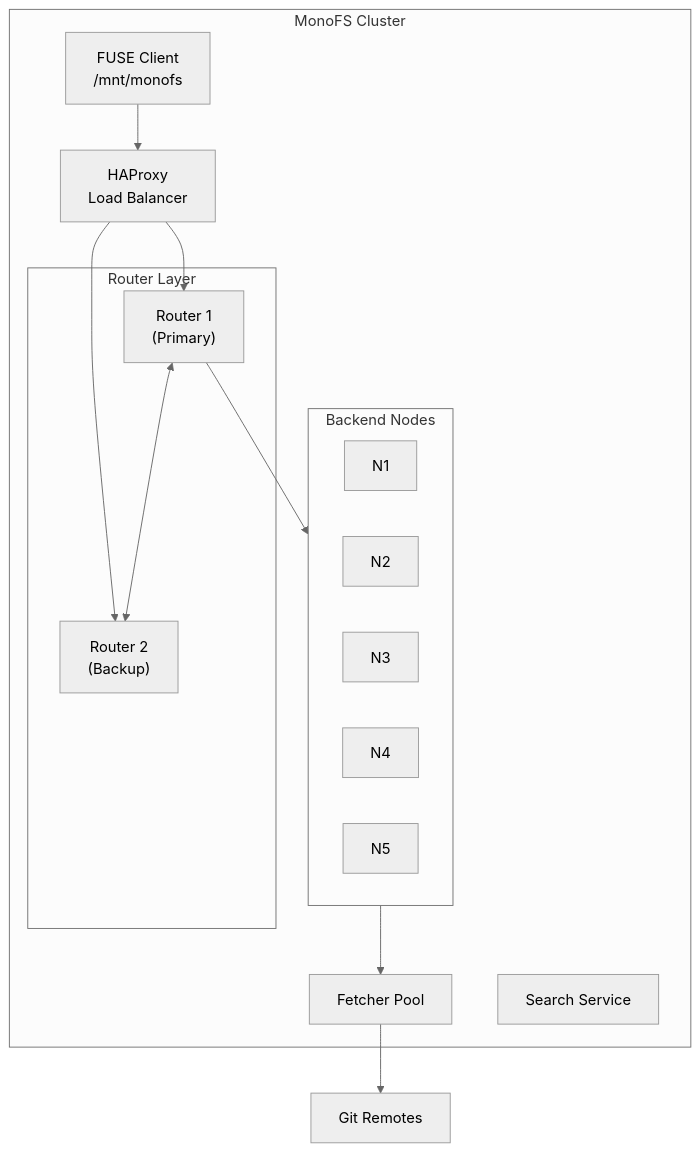
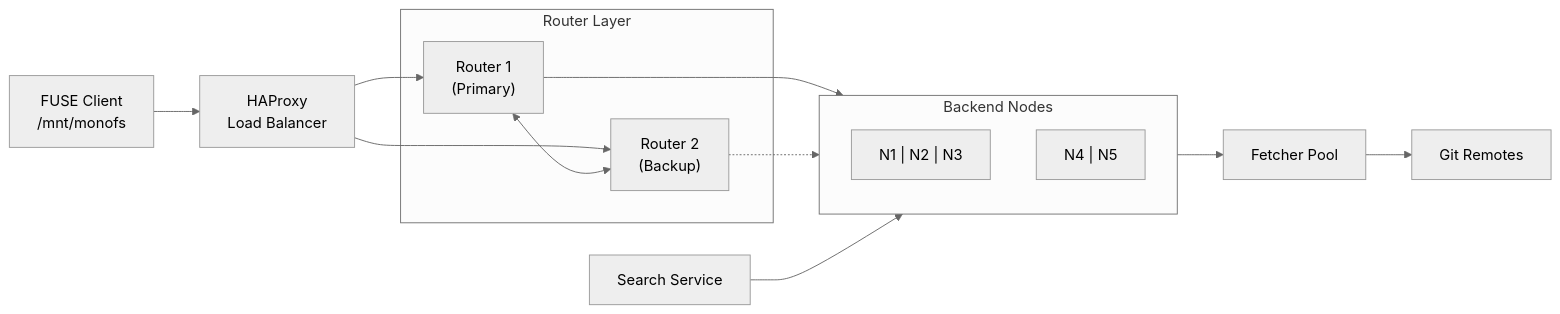
One commit to radryc/monofs changed the diagram in README.md. Above: the diagram before and after it, drawn with Mermaid (neutral theme).

Commit message:
readme graf chaage

````diff
--- a/README.md
+++ b/README.md
@@ -117,33 +117,30 @@
 ```mermaid
-flowchart TB
-    subgraph Cluster["MonoFS Cluster"]
-        Client["FUSE Client<br/>/mnt/monofs"]
-        HAProxy["HAProxy<br/>Load Balancer"]
-        
-        subgraph Routers["Router Layer"]
-            R1["Router 1<br/>(Primary)"]
-            R2["Router 2<br/>(Backup)"]
-        end
-        
-        subgraph Nodes["Backend Nodes"]
-            N1["N1"]
-            N2["N2"]
-            N3["N3"]
-            N4["N4"]
-            N5["N5"]
-        end
-        
-        Fetchers["Fetcher Pool"]
-        Search["Search Service"]
-        
-        Client --> HAProxy
-        HAProxy --> R1
-        HAProxy --> R2
-        R1 <--> R2
-        R1 --> Nodes
-        Nodes --> Fetchers
+flowchart LR
+    Client["FUSE Client<br/>/mnt/monofs"]
+    HAProxy["HAProxy<br/>Load Balancer"]
+    
+    subgraph Routers["Router Layer"]
+        R1["Router 1<br/>(Primary)"]
+        R2["Router 2<br/>(Backup)"]
     end
     
+    subgraph Nodes["Backend Nodes"]
+        direction TB
+        row1["N1 | N2 | N3"]
+        row2["N4 | N5"]
+    end
+    
+    Fetchers["Fetcher Pool"]
+    Search["Search Service"]
     Git["Git Remotes"]
+    
+    Client --> HAProxy
+    HAProxy --> R1
+    HAProxy --> R2
+    R1 <--> R2
+    R1 --> Nodes
+    R2 -.-> Nodes
+    Nodes --> Fetchers
     Fetchers --> Git
+    Search --> Nodes
 ```
````
